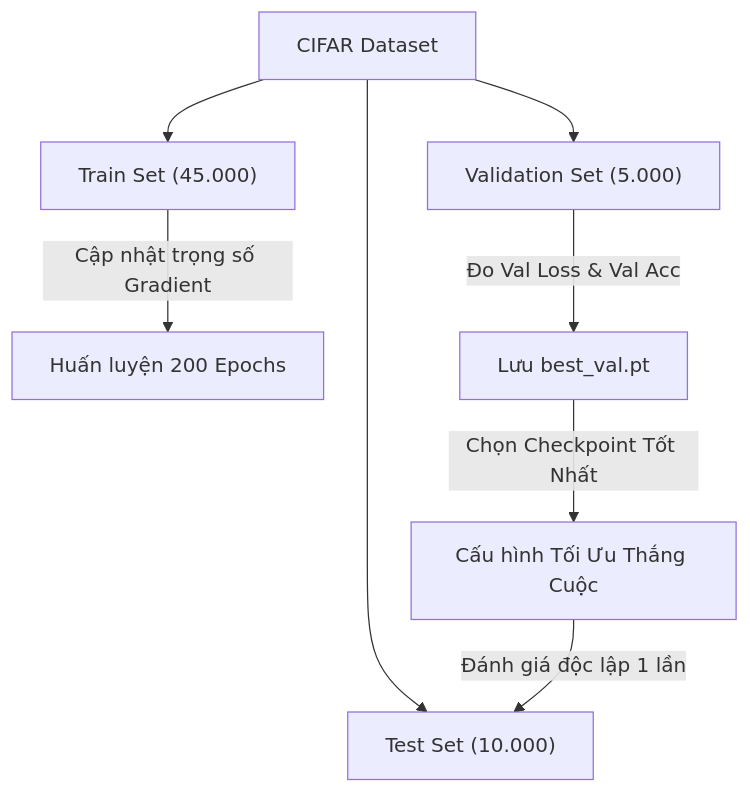
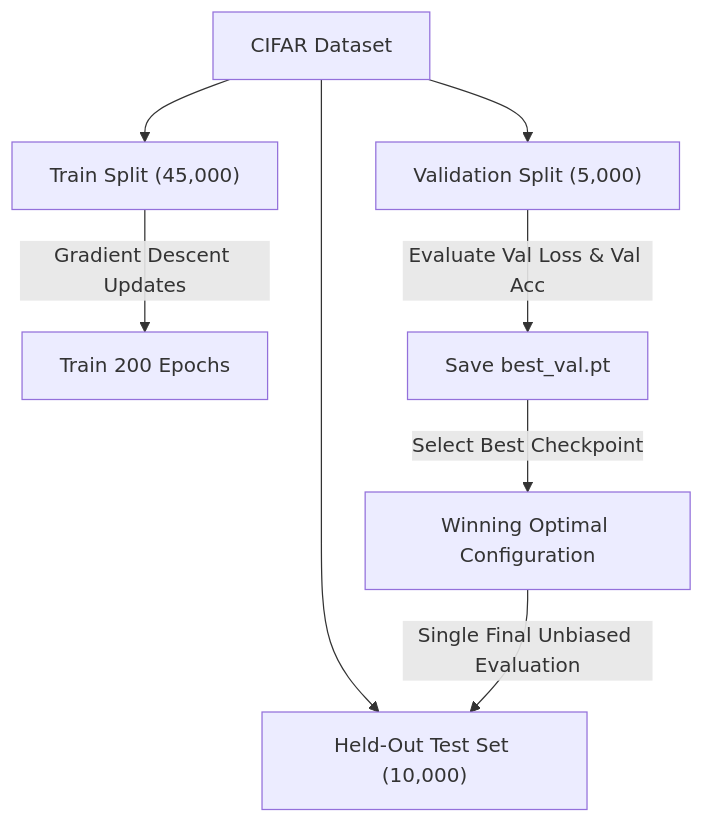
One commit to khuonglaptri3/TickNets changed the diagram in docs/critical/HYPERPARAMETER_TUNING.md. Above: the diagram before and after it, drawn with Mermaid. The commit also changed other lines of this file and 40 other files, not shown here.

````diff
--- a/docs/critical/HYPERPARAMETER_TUNING.md
+++ b/docs/critical/HYPERPARAMETER_TUNING.md
@@ -48,11 +48,11 @@
 ```mermaid
 flowchart TD
-    D["CIFAR Dataset"] --> T["Train Set (45.000)"]
-    D --> V["Validation Set (5.000)"]
-    D --> E["Test Set (10.000)"]
+    D["CIFAR Dataset"] --> T["Train Split (45,000)"]
+    D --> V["Validation Split (5,000)"]
+    D --> E["Held-Out Test Set (10,000)"]
     
-    T -->|"Cập nhật trọng số Gradient"| M["Huấn luyện 200 Epochs"]
-    V -->|"Đo Val Loss & Val Acc"| B["Lưu best_val.pt"]
-    B -->|"Chọn Checkpoint Tốt Nhất"| C["Cấu hình Tối Ưu Thắng Cuộc"]
-    C -->|"Đánh giá độc lập 1 lần"| E
+    T -->|"Gradient Descent Updates"| M["Train 200 Epochs"]
+    V -->|"Evaluate Val Loss & Val Acc"| B["Save best_val.pt"]
+    B -->|"Select Best Checkpoint"| C["Winning Optimal Configuration"]
+    C -->|"Single Final Unbiased Evaluation"| E
 ```
````
